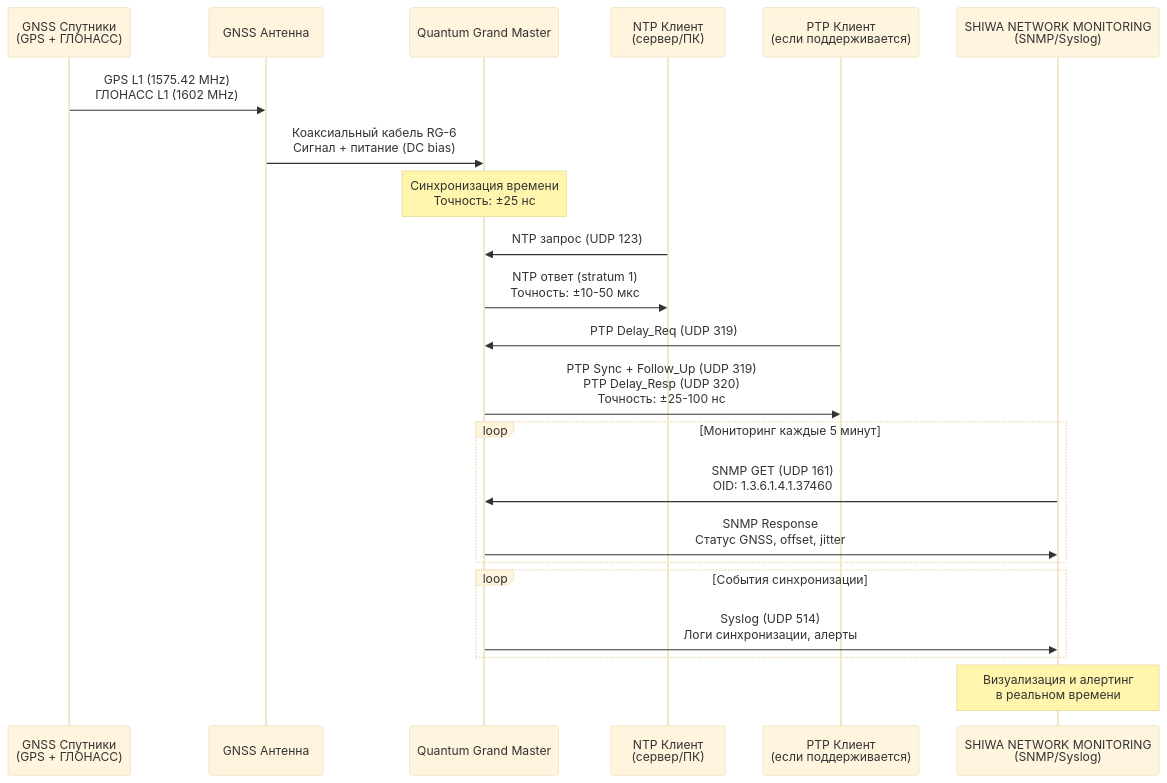
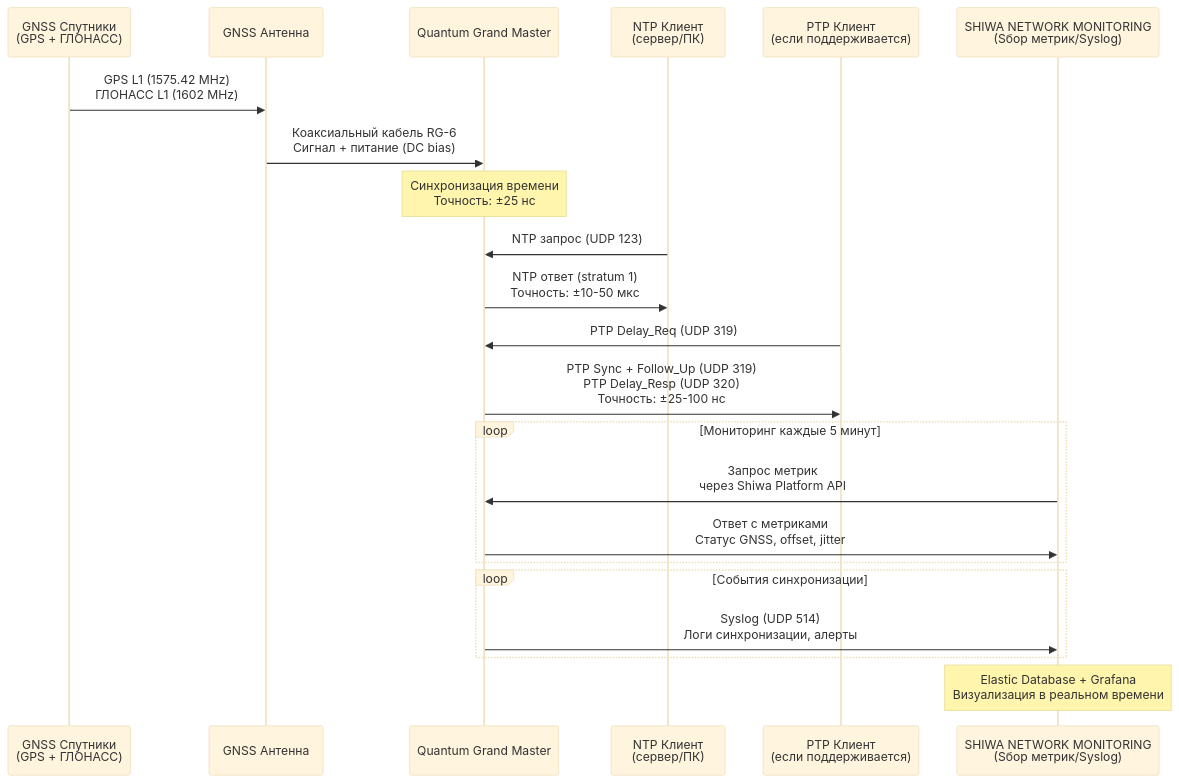
One commit to SiwaNetwork/BIZNES_HOTEL changed the third of 6 diagrams in network_diagrams.md. Above: the diagram before and after it, drawn with Mermaid (base theme). The commit also changed other lines of this file and 3 other files, not shown here.

````diff
--- a/network_diagrams.md
+++ b/network_diagrams.md
@@ -271,31 +271,31 @@
 ```mermaid
 sequenceDiagram
     participant GNSS as GNSS Спутники<br/>(GPS + ГЛОНАСС)
     participant ANT as GNSS Антенна
     participant GM as Quantum Grand Master
     participant NTP_CLIENT as NTP Клиент<br/>(сервер/ПК)
     participant PTP_CLIENT as PTP Клиент<br/>(если поддерживается)
-    participant SNMP as SHIWA NETWORK MONITORING<br/>(SNMP/Syslog)
+    participant MON_SYS as SHIWA NETWORK MONITORING<br/>(Sбор метрик/Syslog)
     
     GNSS->>ANT: GPS L1 (1575.42 MHz)<br/>ГЛОНАСС L1 (1602 MHz)
     ANT->>GM: Коаксиальный кабель RG-6<br/>Сигнал + питание (DC bias)
     
     Note over GM: Синхронизация времени<br/>Точность: ±25 нс
     
     NTP_CLIENT->>GM: NTP запрос (UDP 123)
     GM->>NTP_CLIENT: NTP ответ (stratum 1)<br/>Точность: ±10-50 мкс
     
     PTP_CLIENT->>GM: PTP Delay_Req (UDP 319)
     GM->>PTP_CLIENT: PTP Sync + Follow_Up (UDP 319)<br/>PTP Delay_Resp (UDP 320)<br/>Точность: ±25-100 нс
     
     loop Мониторинг каждые 5 минут
-        SNMP->>GM: SNMP GET (UDP 161)<br/>OID: 1.3.6.1.4.1.37460
-        GM->>SNMP: SNMP Response<br/>Статус GNSS, offset, jitter
+        MON_SYS->>GM: Запрос метрик<br/>через Shiwa Platform API
+        GM->>MON_SYS: Ответ с метриками<br/>Статус GNSS, offset, jitter
     end
     
     loop События синхронизации
-        GM->>SNMP: Syslog (UDP 514)<br/>Логи синхронизации, алерты
+        GM->>MON_SYS: Syslog (UDP 514)<br/>Логи синхронизации, алерты
     end
     
-    Note over SNMP: Визуализация и алертинг<br/>в реальном времени
+    Note over MON_SYS: Elastic Database + Grafana<br/>Визуализация в реальном времени
 ```
````
